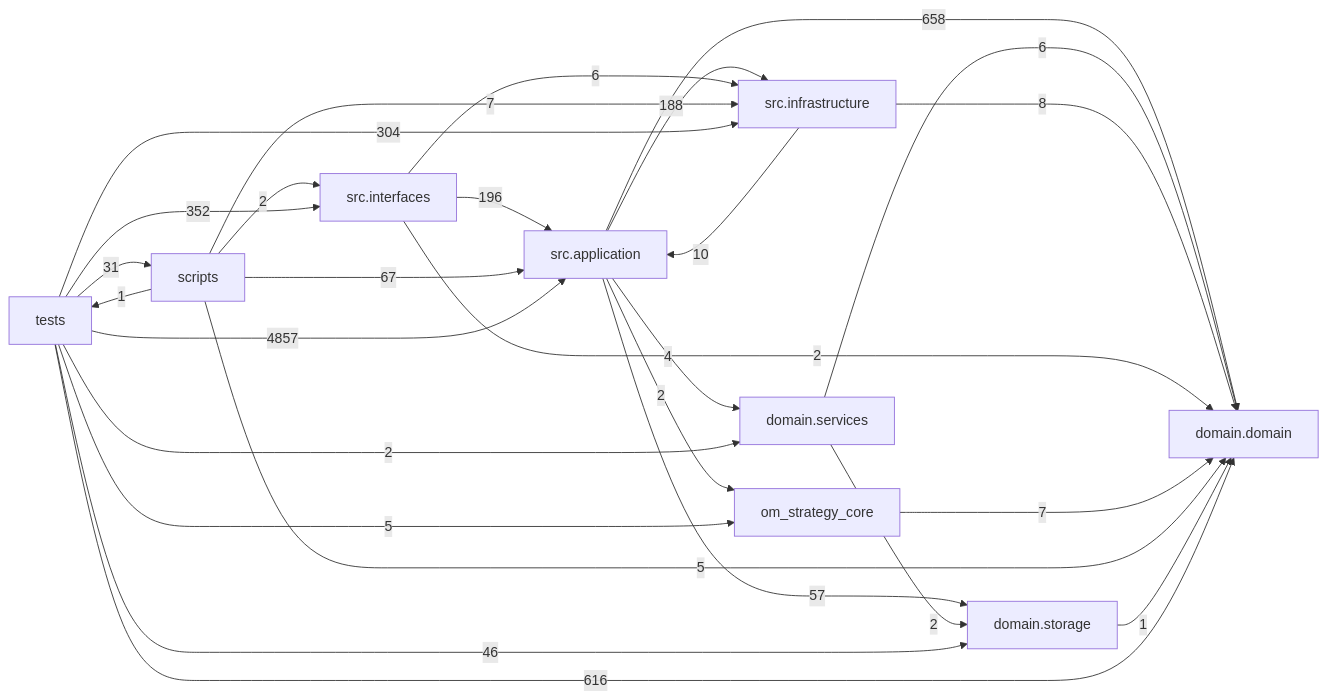
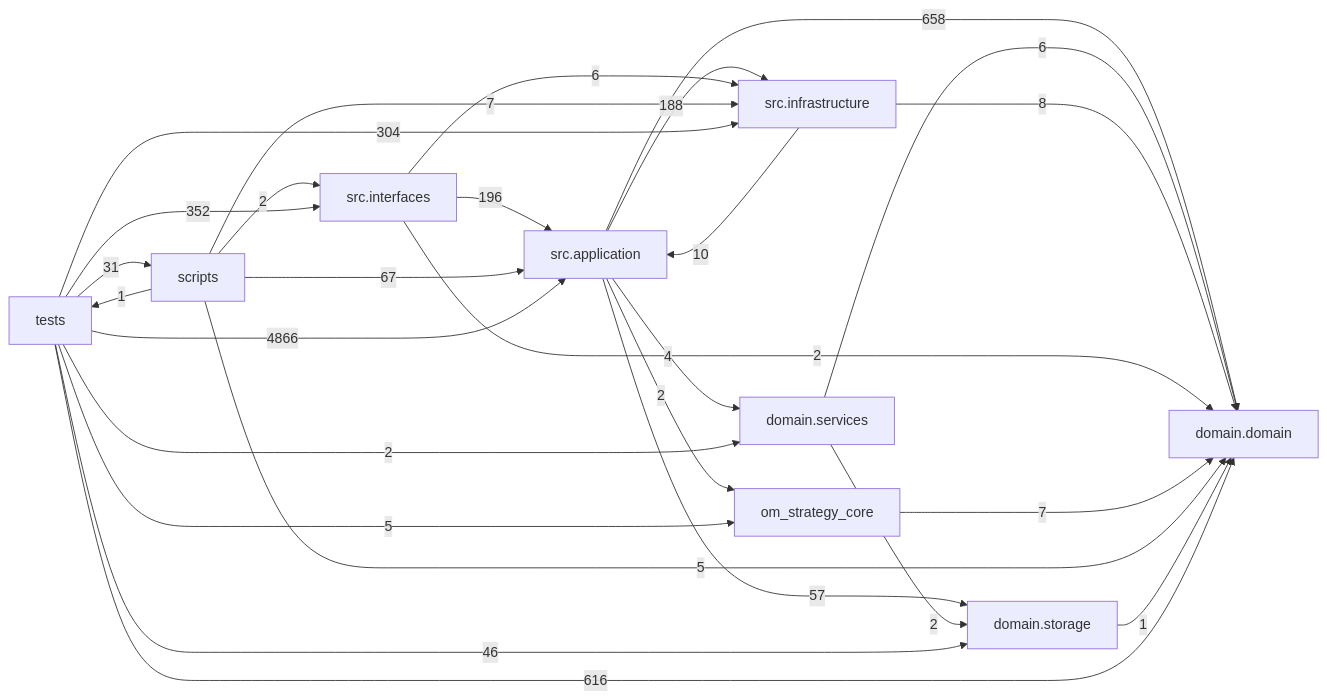
One commit to liuxie066/options-monitor changed the diagram in docs/DEPENDENCY_GRAPH.md. Above: the diagram before and after it, drawn with Mermaid. The commit also changed other lines of this file and 8 other files, not shown here.

````diff
--- a/docs/DEPENDENCY_GRAPH.md
+++ b/docs/DEPENDENCY_GRAPH.md
@@ -24,38 +24,38 @@
 ```mermaid
 flowchart LR
   tests["tests"]
   scripts["scripts"]
   interfaces["src.interfaces"]
   application["src.application"]
   infrastructure["src.infrastructure"]
   domain_services["domain.services"]
   domain["domain.domain"]
   storage["domain.storage"]
   application -->|658| domain
   application -->|4| domain_services
   application -->|188| infrastructure
   application -->|2| om_strategy_core
   application -->|57| storage
   domain_services -->|6| domain
   domain_services -->|2| storage
   infrastructure -->|10| application
   infrastructure -->|8| domain
   interfaces -->|196| application
   interfaces -->|2| domain
   interfaces -->|6| infrastructure
   om_strategy_core -->|7| domain
   scripts -->|67| application
   scripts -->|5| domain
   scripts -->|7| infrastructure
   scripts -->|2| interfaces
   scripts -->|1| tests
   storage -->|1| domain
-  tests -->|4857| application
+  tests -->|4866| application
   tests -->|616| domain
   tests -->|2| domain_services
   tests -->|304| infrastructure
   tests -->|352| interfaces
   tests -->|5| om_strategy_core
   tests -->|31| scripts
   tests -->|46| storage
 ```
````
